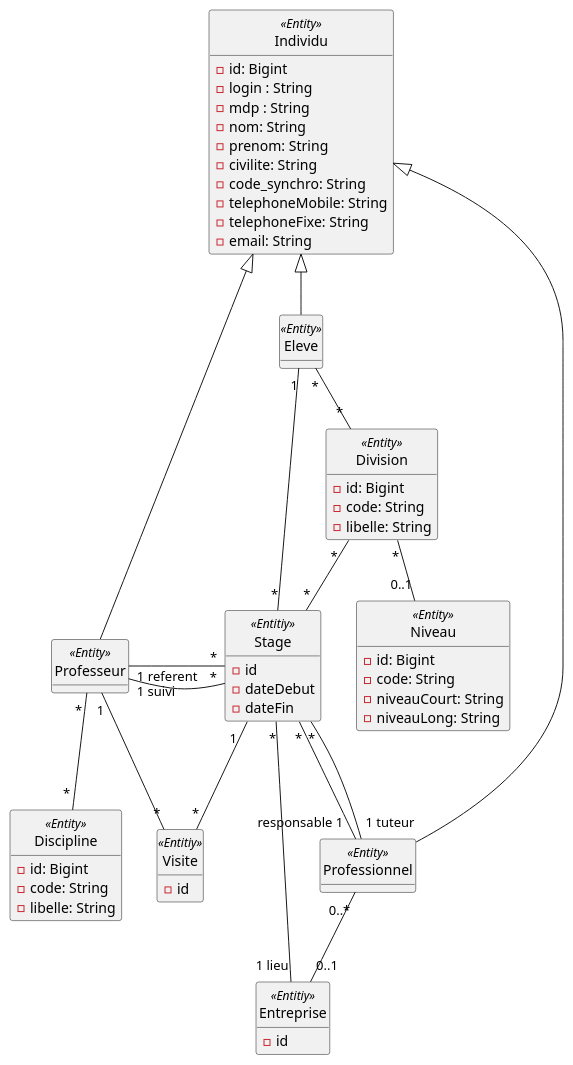
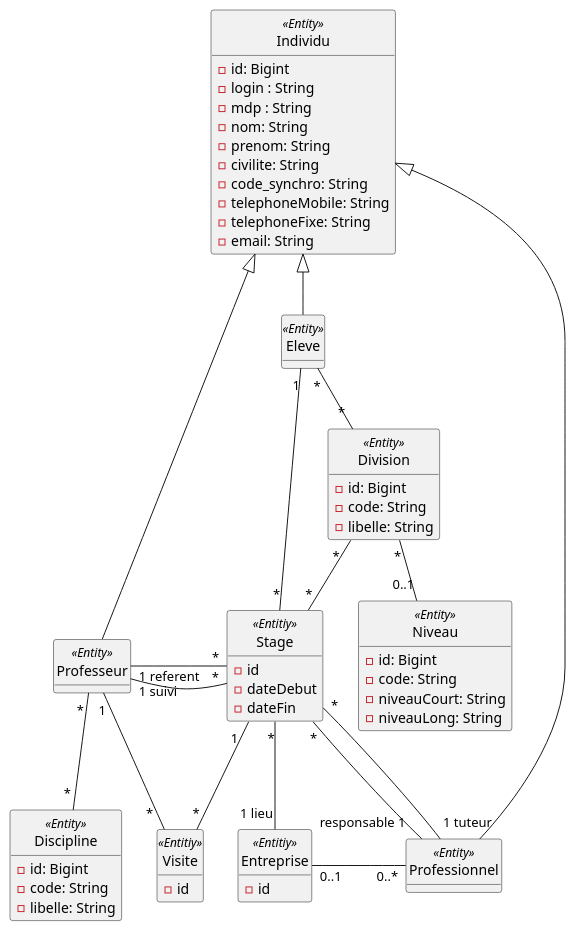
The diagram in src/main/docs/base_pfmp_explo3.puml (frederic-v/gestages), drawn with PlantUML before and after one commit.

Commit message:
Proposition d'une évolution de l'analyse (explo3)

```diff
--- a/src/main/docs/base_pfmp_explo3.puml
+++ b/src/main/docs/base_pfmp_explo3.puml
@@ -1,121 +1,121 @@
 @startuml
 
 class Individu << Entity >> {
   - id: Bigint
   - login : String
   - mdp : String
   - nom: String
   - prenom: String
   - civilite: String
   - code_synchro: String
   - telephoneMobile: String
   - telephoneFixe: String
   - email: String
   + getters() et setters()
   + equals()
   + hashCode()
   + toString()
 }
 
 
 class Eleve << Entity >> {
    + getters() et setters()
    + equals()
    + hashCode()
    + toString()
 }
 
 
 class Professeur << Entity >> {
    + getters() et setters()
    + equals()
    + hashCode()
    + toString()
 }
 
 
 class Professionnel << Entity >> {
    + getters() et setters()
    + equals()
    + hashCode()
    + toString()
 }
 
 class Division << Entity >> {
    - id: Bigint
    - code: String
    - libelle: String
    + getters() et setters()
    + equals()
    + hashCode()
    + toString()
 }
 
 class Niveau << Entity >> {
    - id: Bigint
    - code: String
    - niveauCourt: String
    - niveauLong: String
    + getters() et setters()
    + equals()
    + hashCode()
    + toString()
 }
 
 class Discipline << Entity >> {
    - id: Bigint
    - code: String
    - libelle: String
    + getters() et setters()
    + equals()
    + hashCode()
    + toString()
 }
 
 
 class Stage << Entitiy >> {
    - id
    - dateDebut
    - dateFin
    + getters() et setters()
    + equals()
    + hashCode()
    + toString()
 }
 
 class Entreprise << Entitiy >> {
    - id
    + getters() et setters()
    + equals()
    + hashCode()
    + toString()
 }
 
 class Visite << Entitiy >> {
    - id
    + getters() et setters()
    + equals()
    + hashCode()
    + toString()
 }
 
 
 hide circle
 hide methods
 Eleve "1" -- "*" Stage
 Eleve "*" -- " * " Division
 Stage "*" -left-- "1 referent" Professeur : "                  "
 Stage "*" -- "1 suivi" Professeur : "   "
 Stage "*" -- "responsable 1" Professionnel
-Stage "*" -- "1 tuteur" Professionnel:"    "
+Stage "*" -- "1 tuteur" Professionnel
 Stage "*" -- "1 lieu" Entreprise:"  "
 Stage "1  " -- "*" Visite
-Professeur "1" -- "*" Visite
+Professeur "1" -- " *  " Visite
 Professeur " * " -- " * " Discipline
 Division "*" -- "0..1" Niveau
-Professionnel "0..*" -- "0..1" Entreprise
+Professionnel "0..*" -left-- "0..1" Entreprise:"                 "
 Division " *  " -- "*" Stage
 Individu <|-- Eleve
 Individu <|-- Professeur
 Individu <|-- Professionnel
 @enduml
```
